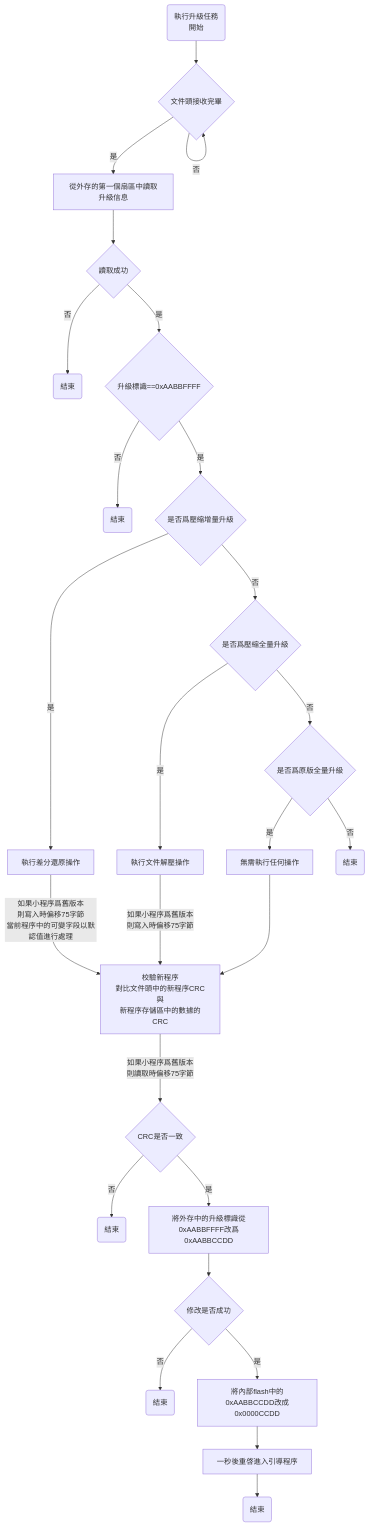
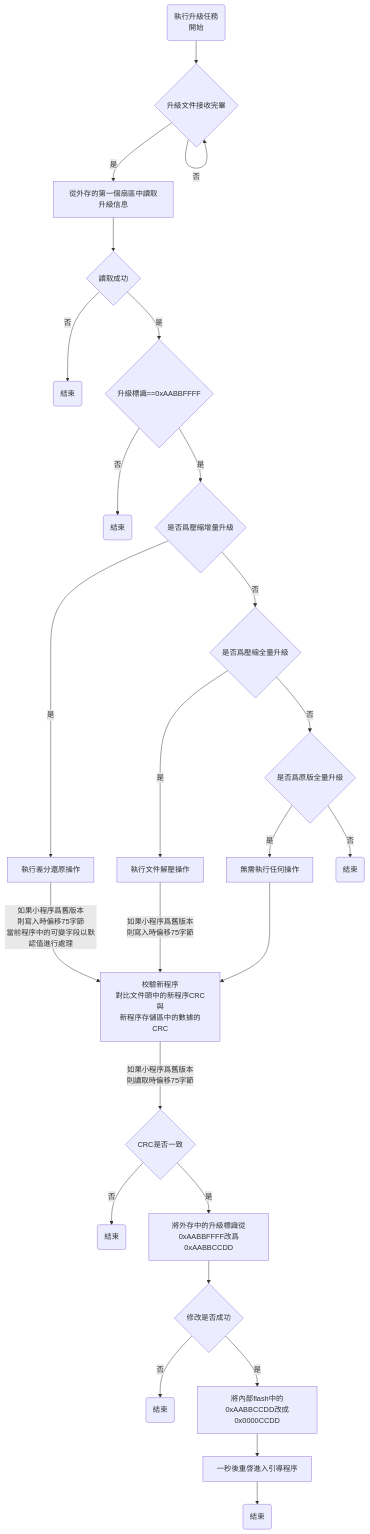
The second of 2 diagrams in source/_posts/蟲聲新透綠窗紗/20230925.在線升級功能/嵌入式 IAP 升級功能（#05）增量升級.md (sulfurandcu/sulfurandcu.io.src), drawn with Mermaid before and after one commit. The commit also changed other lines of this file and 6 other files, not shown here.

```diff
--- a/source/_posts/蟲聲新透綠窗紗/20230925.在線升級功能/嵌入式 IAP 升級功能（#05）增量升級.md
+++ b/source/_posts/蟲聲新透綠窗紗/20230925.在線升級功能/嵌入式 IAP 升級功能（#05）增量升級.md
@@ -124,21 +124,21 @@
 {% mermaid flowchart TB %}
 %%{init: { "flowchart": { "curve": "basis" } } }%%
-Start(執行升級任務<br>開始)-->IsUpdateFlag{文件頭接收完畢}
+Start(執行升級任務<br>開始)-->IsUpdateFlag{升級文件接收完畢}
 IsUpdateFlag--否-->IsUpdateFlag
 IsUpdateFlag--是-->DoReadHead[從外存的第一個扇區中讀取升級信息]-->IsReadSucc{讀取成功}
 IsReadSucc--否-->Over1(結束)
 IsReadSucc--是-->IsUpdateFlagIsDownload{升級標識==0xAABBFFFF}
 IsUpdateFlagIsDownload--否-->Over2(結束)
 IsUpdateFlagIsDownload--是-->IsUpdateTypeIsZipDiff{是否爲壓縮增量升級}
 IsUpdateTypeIsZipDiff--是-->DoUnDiff[執行差分還原操作]--如果小程序爲舊版本<br>則寫入時偏移75字節<br>當前程序中的可變字段以默認值進行處理--->DoCheckNewAppCRC
 IsUpdateTypeIsZipDiff--否-->IsUpdateTypeIsZipFull{是否爲壓縮全量升級}
 IsUpdateTypeIsZipFull--是-->DoUnZip[執行文件解壓操作]--如果小程序爲舊版本<br>則寫入時偏移75字節--->DoCheckNewAppCRC
 IsUpdateTypeIsZipFull--否-->IsUpdateTypeIsRawFull{是否爲原版全量升級}
 IsUpdateTypeIsRawFull--是-->DoNothing[無需執行任何操作]--->DoCheckNewAppCRC[校驗新程序<br>對比文件頭中的新程序CRC與<br>新程序存儲區中的數據的CRC]
 IsUpdateTypeIsRawFull--否-->Over3(結束)
 DoCheckNewAppCRC--如果小程序爲舊版本<br>則讀取時偏移75字節--->IsCRCCheckOK{CRC是否一致}
 IsCRCCheckOK--否-->Over4(結束)
 IsCRCCheckOK--是-->DoChangeUpdateFlag[將外存中的升級標識從0xAABBFFFF改爲0xAABBCCDD]-->IsChangeSucc{修改是否成功}
 IsChangeSucc--否-->Over5(結束)
 IsChangeSucc--是-->DoChangeInternalFlashUpdateFlag[將內部flash中的0xAABBCCDD改成0x0000CCDD]-->DoReset[一秒後重啓進入引導程序]-->OverX(結束)
 {% endmermaid %}
```
